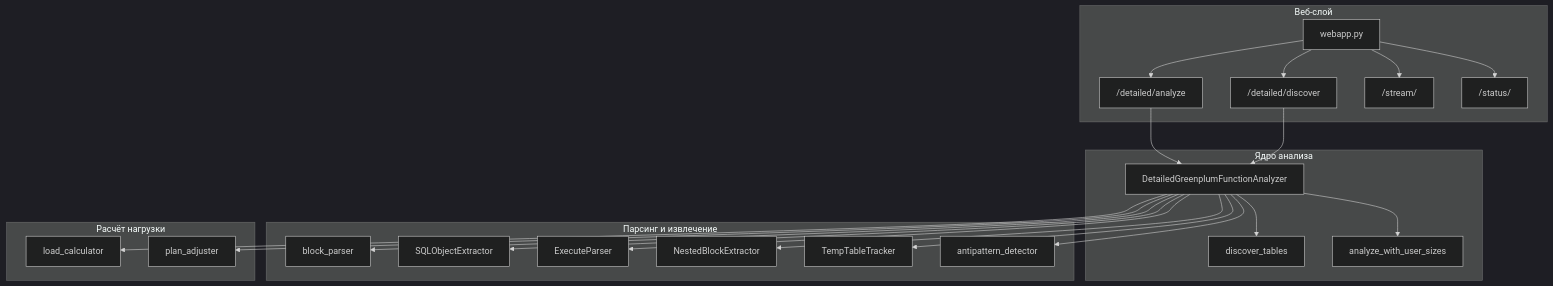
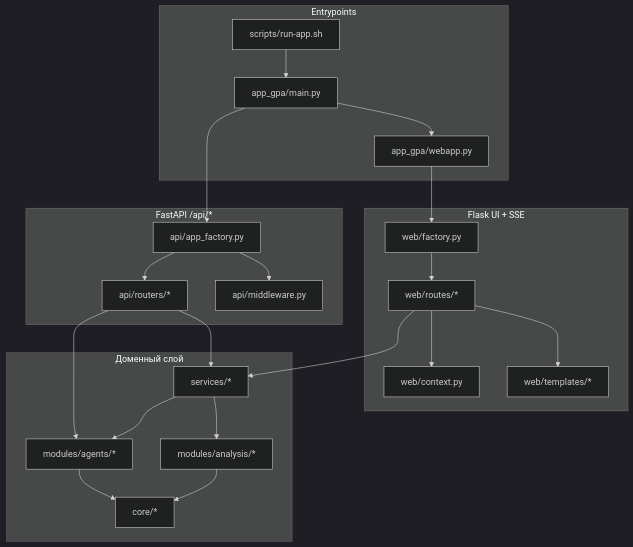
The first of 5 diagrams in README.md (SolonnikovDV/gpa_analyzer), drawn with Mermaid (dark theme) before and after one commit. The commit also changed other lines of this file, not shown here.

````diff
--- a/README.md
+++ b/README.md
@@ -482,41 +495,45 @@
 ```mermaid
 graph TB
-    subgraph Web["Веб-слой"]
-        webapp[webapp.py]
-        webapp --> discover_route["/detailed/discover"]
-        webapp --> analyze_route["/detailed/analyze"]
-        webapp --> stream_route["/stream/<job_id>"]
-        webapp --> status_route["/status/<job_id>"]
+    subgraph Entry["Entrypoints"]
+        run_app[scripts/run-app.sh]
+        main_app[app_gpa/main.py]
+        flask_app[app_gpa/webapp.py]
     end
 
-    subgraph Analyzer["Ядро анализа"]
-        analyzer[DetailedGreenplumFunctionAnalyzer]
-        analyzer --> discover_tables[discover_tables]
-        analyzer --> analyze_with_sizes[analyze_with_user_sizes]
+    subgraph Api["FastAPI /api/*"]
+        api_factory[api/app_factory.py]
+        api_router[api/routers/*]
+        api_mw[api/middleware.py]
     end
 
-    subgraph Parsing["Парсинг и извлечение"]
-        block_parser[block_parser]
-        sql_extractor[SQLObjectExtractor]
-        execute_parser[ExecuteParser]
-        nested_extractor[NestedBlockExtractor]
-        temp_tracker[TempTableTracker]
-        antipattern[antipattern_detector]
+    subgraph Ui["Flask UI + SSE"]
+        web_factory[web/factory.py]
+        web_routes[web/routes/*]
+        web_ctx[web/context.py]
+        templates[web/templates/*]
     end
 
-    subgraph Calculation["Расчёт нагрузки"]
-        load_calc[load_calculator]
-        plan_adj[plan_adjuster]
+    subgraph Domain["Доменный слой"]
+        services[services/*]
+        analysis_mod[modules/analysis/*]
+        agents_mod[modules/agents/*]
+        core_mod[core/*]
     end
 
-    discover_route --> analyzer
-    analyze_route --> analyzer
-    analyzer --> block_parser
-    analyzer --> sql_extractor
-    analyzer --> execute_parser
-    analyzer --> nested_extractor
-    analyzer --> temp_tracker
-    analyzer --> antipattern
-    analyzer --> load_calc
-    analyzer --> plan_adj
+    run_app --> main_app
+    main_app --> api_factory
+    main_app --> flask_app
+    api_factory --> api_mw
+    api_factory --> api_router
+    flask_app --> web_factory
+    web_factory --> web_routes
+    web_routes --> web_ctx
+    web_routes --> templates
+    api_router --> services
+    web_routes --> services
+    services --> analysis_mod
+    services --> agents_mod
+    api_router --> agents_mod
+    analysis_mod --> core_mod
+    agents_mod --> core_mod
 ```
````
